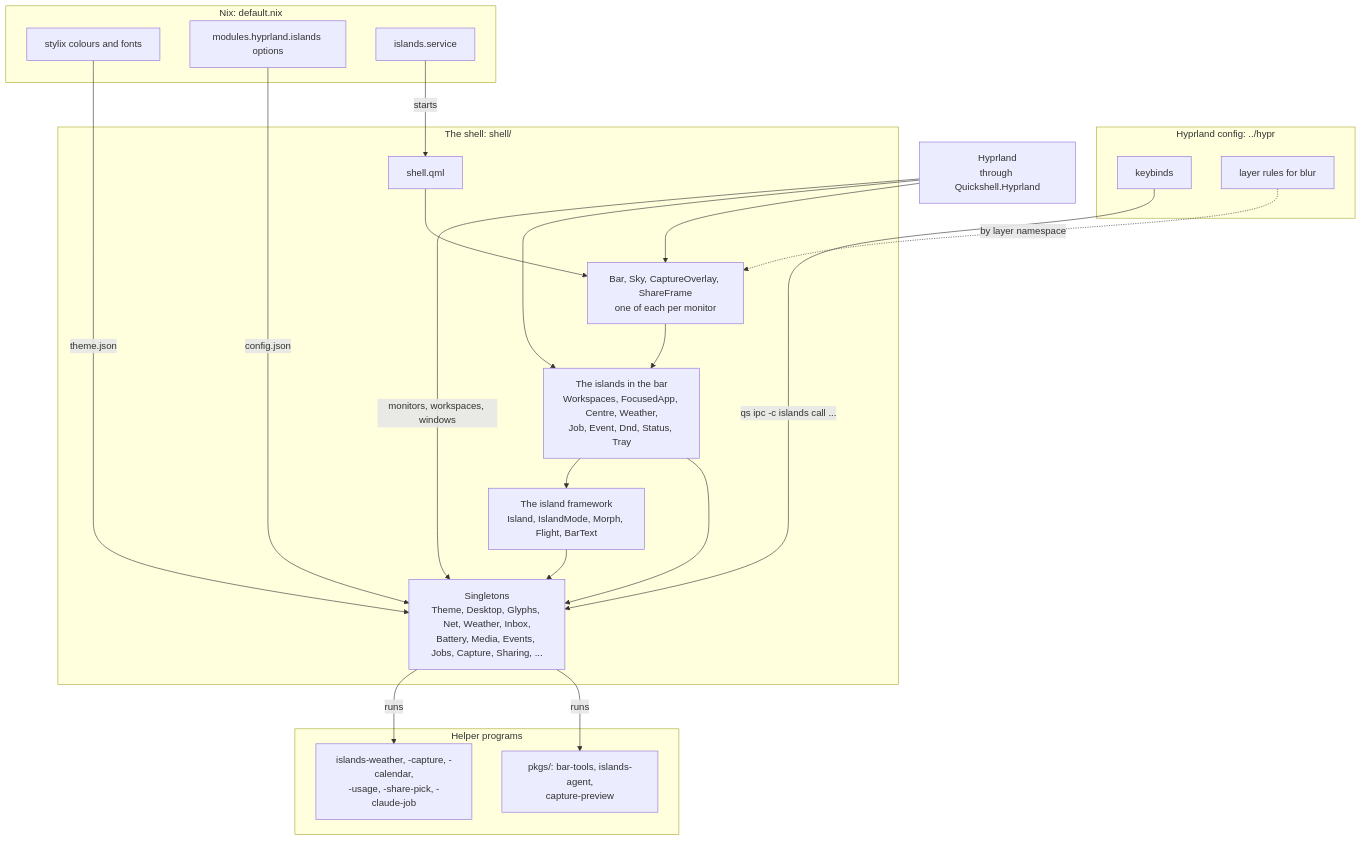
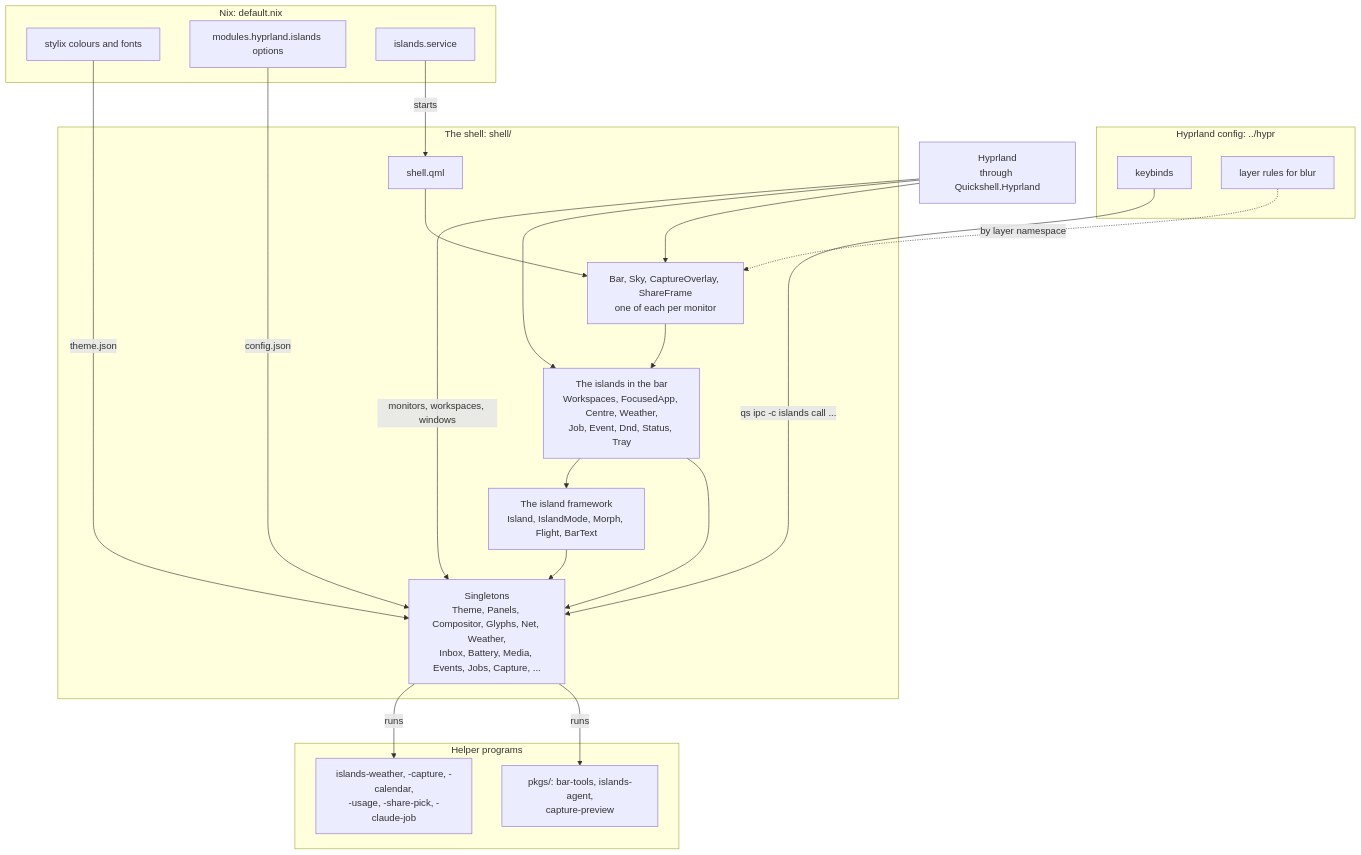
One commit to EricWardner/nix-config changed the first of 2 diagrams in modules/hm/wms/islands/README.md. Above: the diagram before and after it, drawn with Mermaid. The commit also changed other lines of this file and 29 other files, not shown here.

````diff
--- a/modules/hm/wms/islands/README.md
+++ b/modules/hm/wms/islands/README.md
@@ -14,44 +14,44 @@
 ```mermaid
 flowchart TB
   subgraph nix["Nix: default.nix"]
     stylix["stylix colours and fonts"]
     options["modules.hyprland.islands options"]
     unit["islands.service"]
   end
 
   subgraph hypr["Hyprland config: ../hypr"]
     binds["keybinds"]
     rules["layer rules for blur"]
   end
 
   subgraph shell["The shell: shell/"]
     root["shell.qml"]
     surfaces["Bar, Sky, CaptureOverlay, ShareFrame<br/>one of each per monitor"]
     islands["The islands in the bar<br/>Workspaces, FocusedApp, Centre, Weather,<br/>Job, Event, Dnd, Status, Tray"]
     frame["The island framework<br/>Island, IslandMode, Morph, Flight, BarText"]
-    state["Singletons<br/>Theme, Desktop, Glyphs, Net, Weather, Inbox,<br/>Battery, Media, Events, Jobs, Capture, Sharing, ..."]
+    state["Singletons<br/>Theme, Panels, Compositor, Glyphs, Net, Weather,<br/>Inbox, Battery, Media, Events, Jobs, Capture, ..."]
   end
 
   subgraph helpers["Helper programs"]
     scripts["islands-weather, -capture, -calendar,<br/>-usage, -share-pick, -claude-job"]
     pkgs["pkgs/: bar-tools, islands-agent,<br/>capture-preview"]
   end
 
   compositor["Hyprland<br/>through Quickshell.Hyprland"]
 
   stylix -- "theme.json" --> state
   options -- "config.json" --> state
   unit -- "starts" --> root
   binds -- "qs ipc -c islands call ..." --> state
   rules -. "by layer namespace" .-> surfaces
   root --> surfaces
   surfaces --> islands
   islands --> frame
   islands --> state
   frame --> state
   state -- "runs" --> scripts
   state -- "runs" --> pkgs
   compositor -- "monitors, workspaces, windows" --> state
   compositor --> islands
   compositor --> surfaces
 ```
````
